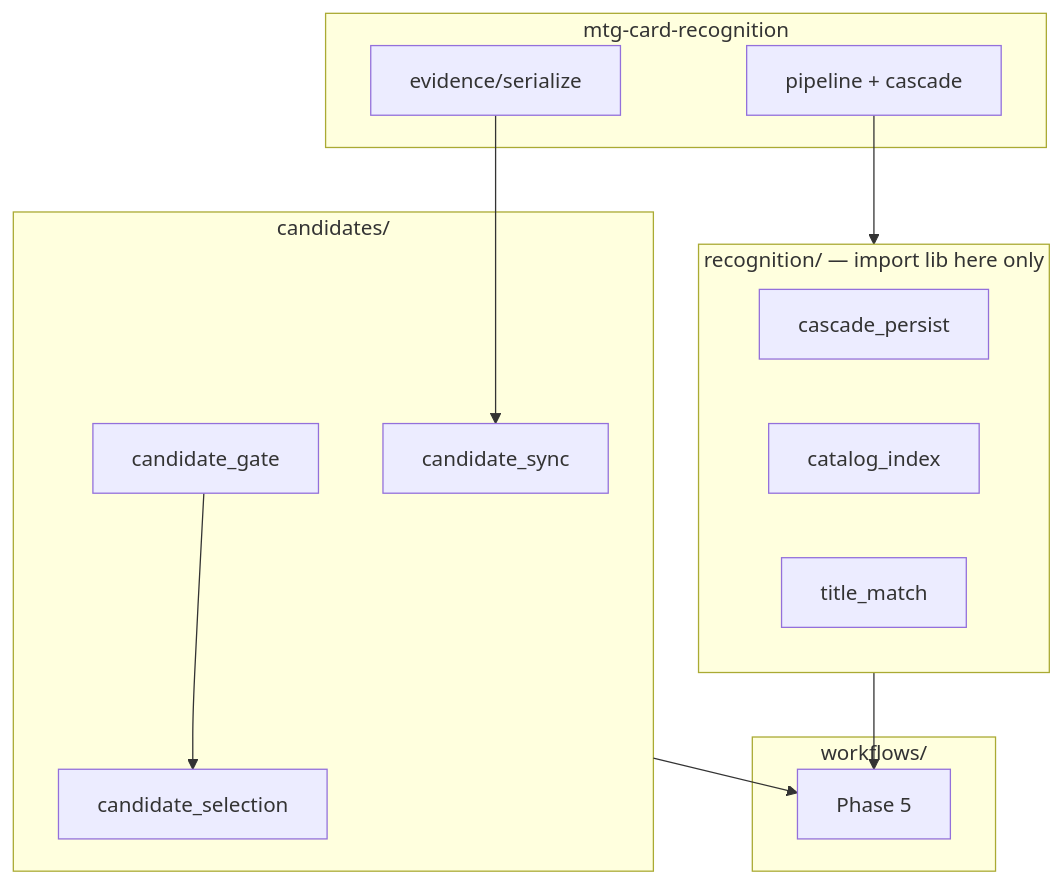
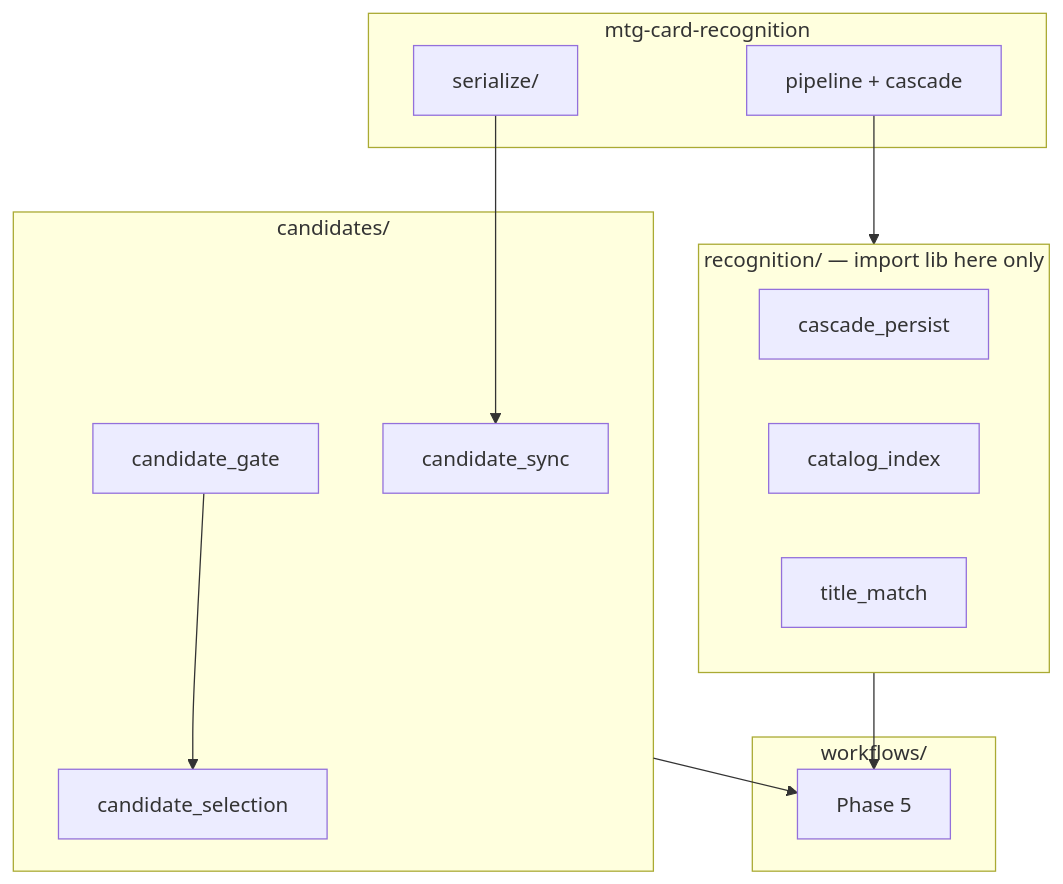
Before and after one commit to Will-Thain/EbayWorkflows: the diagram in docs/documentation-status.md, drawn with Mermaid. The commit also changed 7 other files, not shown here.

````diff
--- a/docs/documentation-status.md
+++ b/docs/documentation-status.md
@@ -126,49 +126,49 @@
 ```mermaid
 
 flowchart TB
 
   subgraph lib ["mtg-card-recognition"]
 
     PIPE[pipeline + cascade]
 
-    SER[evidence/serialize]
+    SER[serialize/]
 
   end
 
   subgraph rec ["recognition/ — import lib here only"]
 
     CP[cascade_persist]
 
     CI[catalog_index]
 
     TM[title_match]
 
   end
 
   subgraph cand ["candidates/"]
 
     GATE[candidate_gate]
 
     SYNC[candidate_sync]
 
     SEL[candidate_selection]
 
   end
 
   subgraph wf ["workflows/"]
 
     P5[Phase 5]
 
   end
 
   PIPE --> rec
 
   SER --> SYNC
 
   rec --> P5
 
   cand --> P5
 
   GATE --> SEL
 
 ```
````
